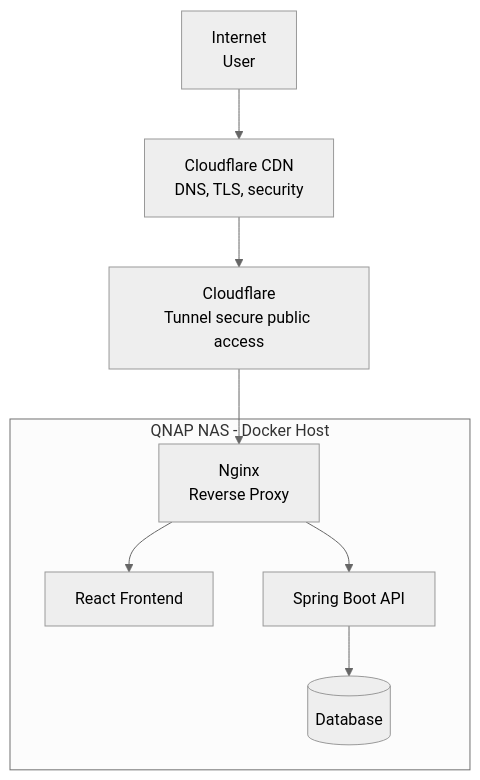
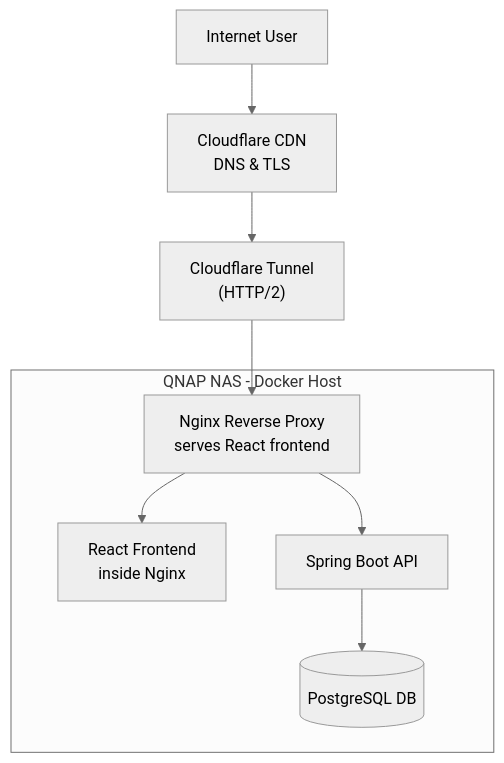
Before and after one commit to Widlakolak/poetry-stream: the first of 4 diagrams in README.md, drawn with Mermaid (neutral theme). The commit also changed other lines of this file and 1 other file, not shown here.

Commit message:
readme upgrade, nginx backend api fix

````diff
--- a/README.md
+++ b/README.md
@@ -68,25 +73,25 @@
 ```mermaid
 flowchart TD
 
-User[Internet
-User]
+User[Internet User]
 CF[Cloudflare CDN
-DNS, TLS, security]
-Tunnel[Cloudflare
-Tunnel secure public access]
+DNS & TLS]
+Tunnel["Cloudflare Tunnel
+(HTTP/2)"]
 
 subgraph QNAP NAS - Docker Host
-  Nginx[Nginx
-Reverse Proxy]
-  Frontend[React Frontend]
+  Nginx[Nginx Reverse Proxy
+serves React frontend]
+  Frontend[React Frontend
+inside Nginx]
   Backend[Spring Boot API]
-  DB[(Database)]
+  DB[(PostgreSQL DB)]
 end
 
 User --> CF
 CF --> Tunnel
 Tunnel --> Nginx
 Nginx --> Frontend
 Nginx --> Backend
 Backend --> DB
 ```
````
